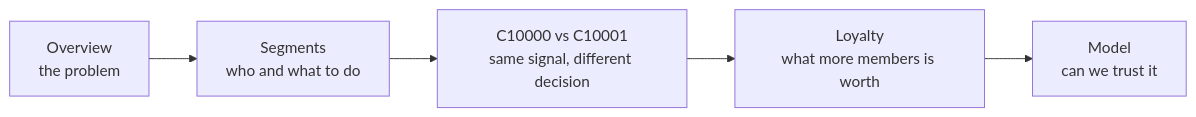
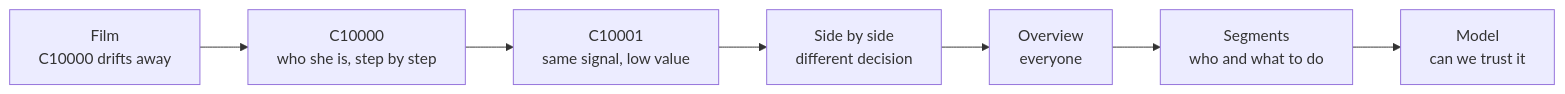
The ninth of 9 diagrams in README.md (inloopsoham/primark-clv), drawn with Mermaid before and after one commit. The commit also changed other lines of this file, not shown here.

````diff
--- a/README.md
+++ b/README.md
@@ -302,7 +317,9 @@
 ```mermaid
 flowchart LR
-    O[Overview<br/>the problem] --> S[Segments<br/>who and what to do]
-    S --> C[C10000 vs C10001<br/>same signal, different decision]
-    C --> L[Loyalty<br/>what more members is worth]
-    L --> M[Model<br/>can we trust it]
+    F[Film<br/>C10000 drifts away] --> C1[C10000<br/>who she is, step by step]
+    C1 --> C2[C10001<br/>same signal, low value]
+    C2 --> X[Side by side<br/>different decision]
+    X --> O[Overview<br/>everyone]
+    O --> S[Segments<br/>who and what to do]
+    S --> M[Model<br/>can we trust it]
 ```
````
